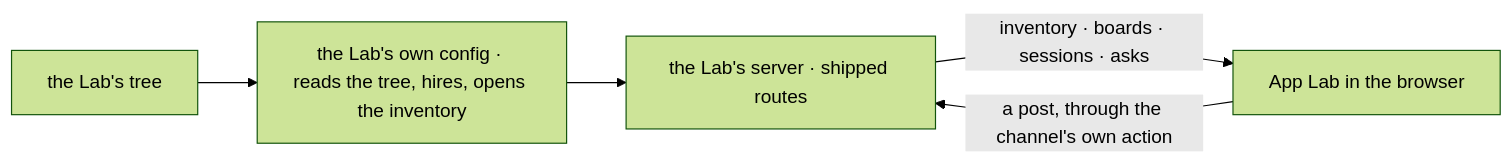
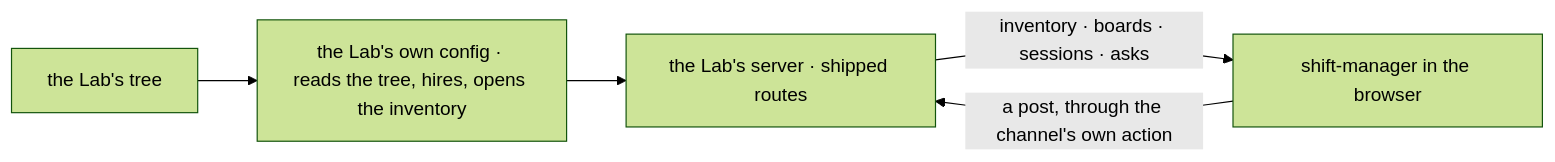
One commit to fixpoint-labs/flow-state-dev changed the second of 2 diagrams in specs/issues/FIX-1662/SPEC.md. Above: the diagram before and after it, drawn with Mermaid (forest theme). The commit also changed other lines of this file and 383 other files, not shown here.

First line of the commit message:
refactor: rename app-lab to shift-manager (FIX-1706)

````diff
--- a/specs/issues/FIX-1662/SPEC.md
+++ b/specs/issues/FIX-1662/SPEC.md
@@ -80,7 +80,7 @@
 ```mermaid
 flowchart LR
   T["the Lab's tree"] --> H["the Lab's own config · reads the tree, hires, opens the inventory"]
   H --> S["the Lab's server · shipped routes"]
-  S -->|"inventory · boards · sessions · asks"| B["App Lab in the browser"]
+  S -->|"inventory · boards · sessions · asks"| B["shift-manager in the browser"]
   B -->|"a post, through the channel's own action"| S
 ```
````
